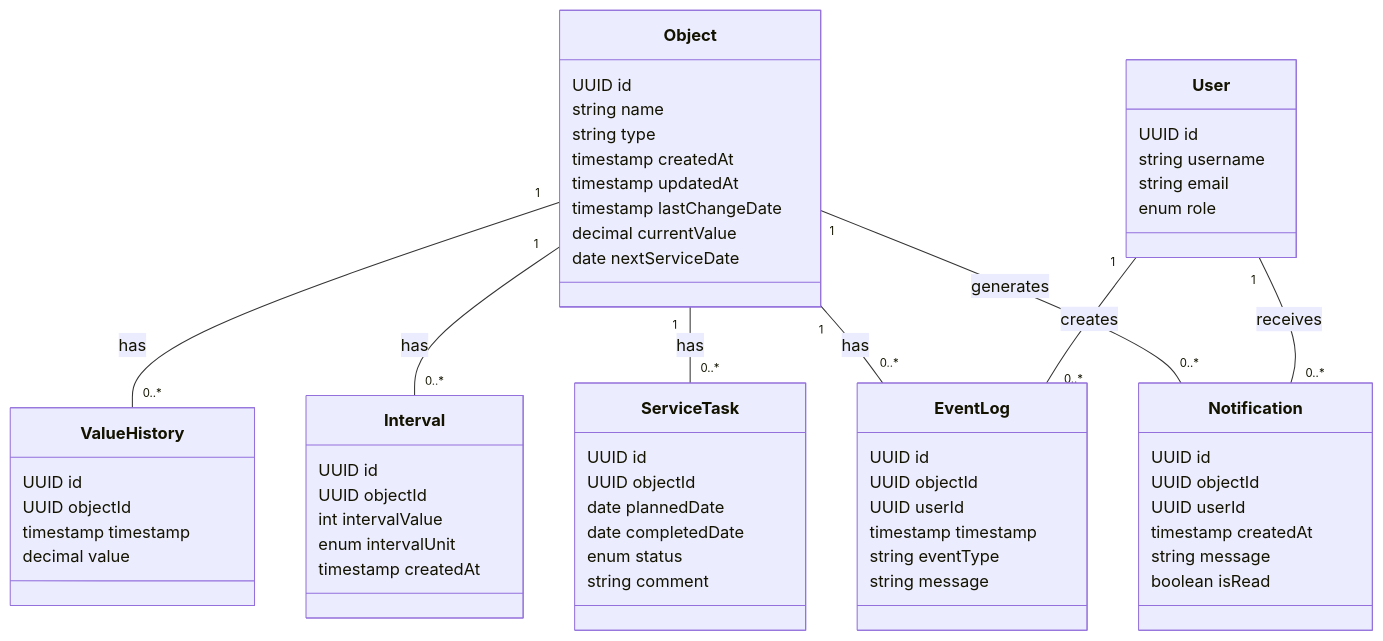
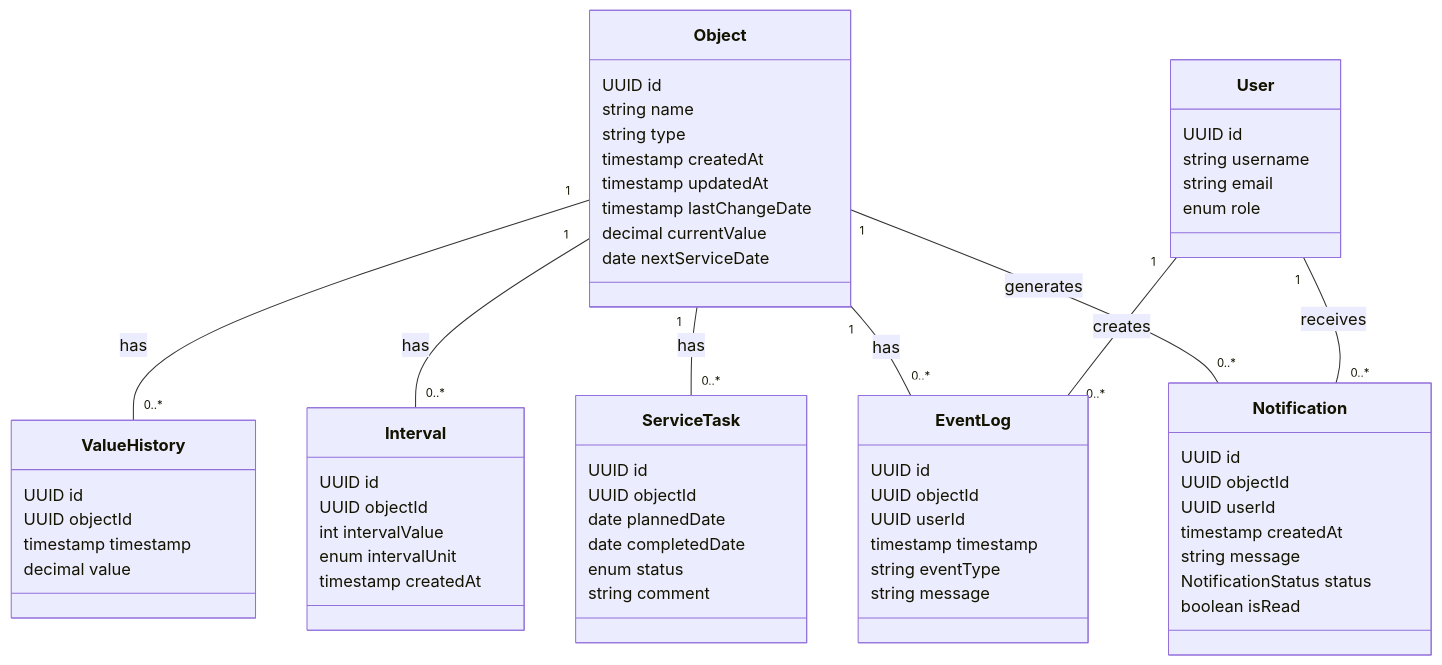
Before and after one commit to Dmitri-Lamdan/loading-process: the diagram in docs/erd-description.md, drawn with Mermaid. The commit also changed other lines of this file and 22 other files, not shown here.

````diff
--- a/docs/erd-description.md
+++ b/docs/erd-description.md
@@ -117,71 +118,72 @@
 ```mermaid
 classDiagram
   class Object {
     UUID id
     string name
     string type
     timestamp createdAt
     timestamp updatedAt
     timestamp lastChangeDate
     decimal currentValue
     date nextServiceDate
   }
 
   class ValueHistory {
     UUID id
     UUID objectId
     timestamp timestamp
     decimal value
   }
 
   class Interval {
     UUID id
     UUID objectId
     int intervalValue
     enum intervalUnit
     timestamp createdAt
   }
 
   class ServiceTask {
     UUID id
     UUID objectId
     date plannedDate
     date completedDate
     enum status
     string comment
   }
 
   class EventLog {
     UUID id
     UUID objectId
     UUID userId
     timestamp timestamp
     string eventType
     string message
   }
 
   class User {
     UUID id
     string username
     string email
     enum role
   }
 
   class Notification {
     UUID id
     UUID objectId
     UUID userId
     timestamp createdAt
     string message
+    NotificationStatus status
     boolean isRead
   }
 
   Object "1" -- "0..*" ValueHistory : has
   Object "1" -- "0..*" Interval : has
   Object "1" -- "0..*" ServiceTask : has
   Object "1" -- "0..*" EventLog : has
   Object "1" -- "0..*" Notification : generates
   User "1" -- "0..*" EventLog : creates
   User "1" -- "0..*" Notification : receives
 
 ```
````
